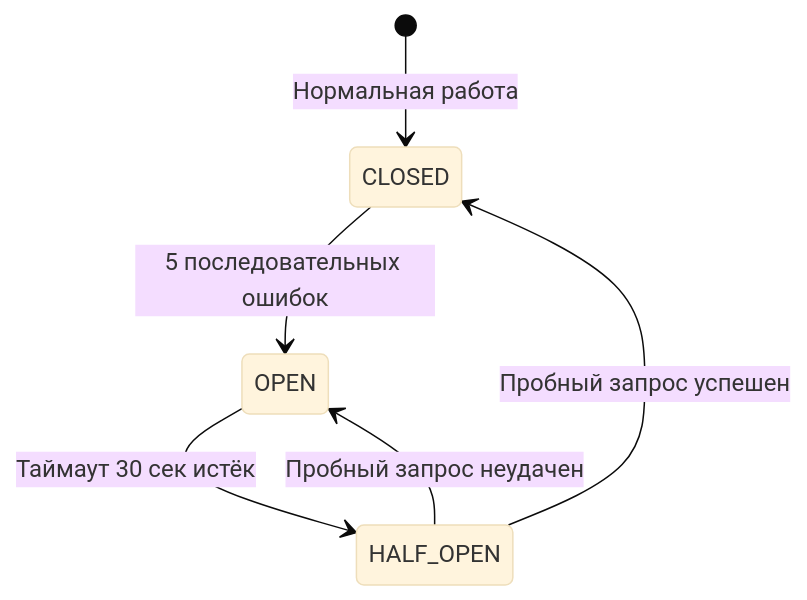
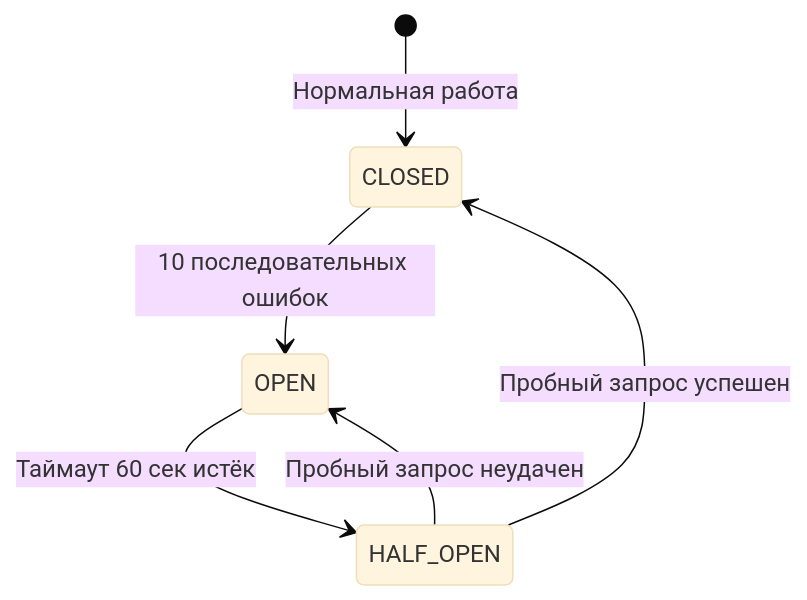
The third of 3 diagrams in docs/BUSINESS_LOGIC.md (Hyperstls/trudnik), drawn with Mermaid (base theme) before and after one commit. The commit also changed other lines of this file and 24 other files, not shown here.

````diff
--- a/docs/BUSINESS_LOGIC.md
+++ b/docs/BUSINESS_LOGIC.md
@@ -513,8 +513,8 @@
 ```mermaid
 stateDiagram-v2
     [*] --> CLOSED: Нормальная работа
-    CLOSED --> OPEN: 5 последовательных ошибок
-    OPEN --> HALF_OPEN: Таймаут 30 сек истёк
+    CLOSED --> OPEN: 10 последовательных ошибок
+    OPEN --> HALF_OPEN: Таймаут 60 сек истёк
     HALF_OPEN --> CLOSED: Пробный запрос успешен
     HALF_OPEN --> OPEN: Пробный запрос неудачен
 ```
````
